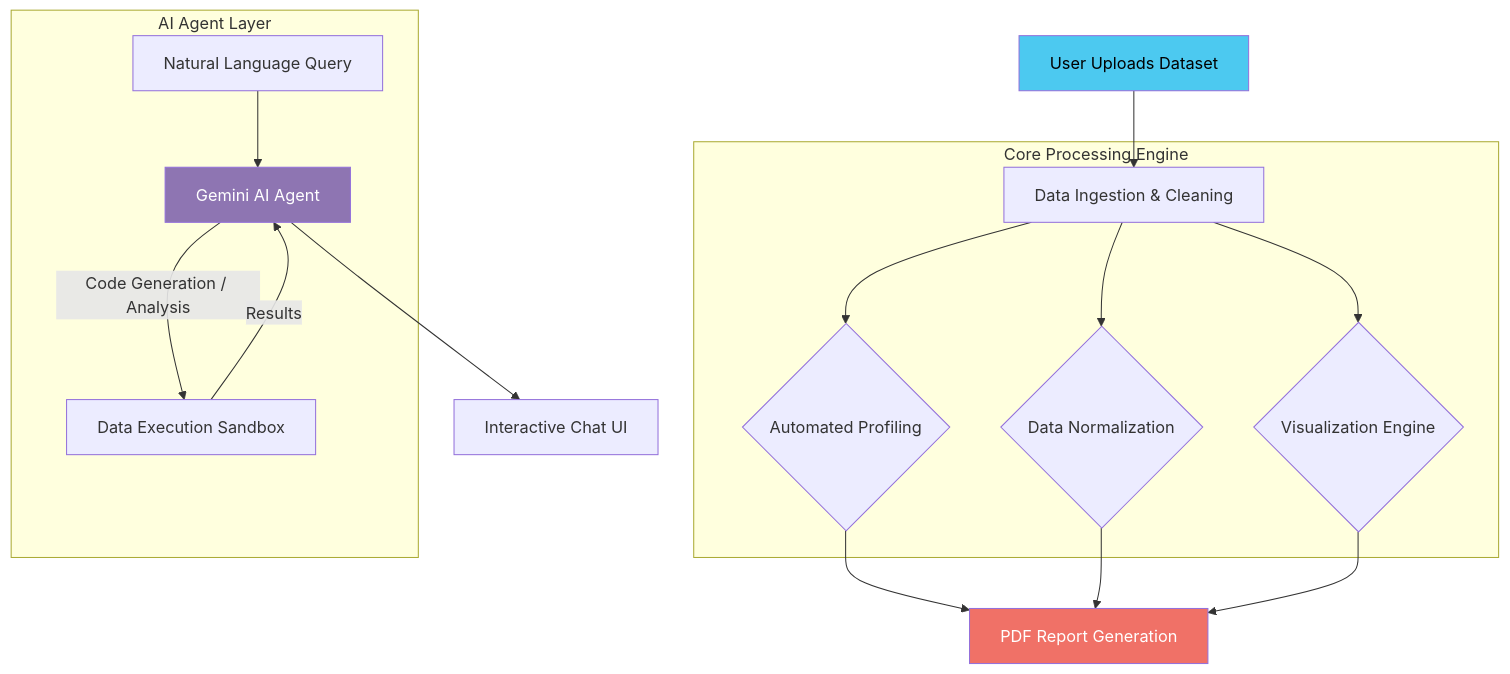
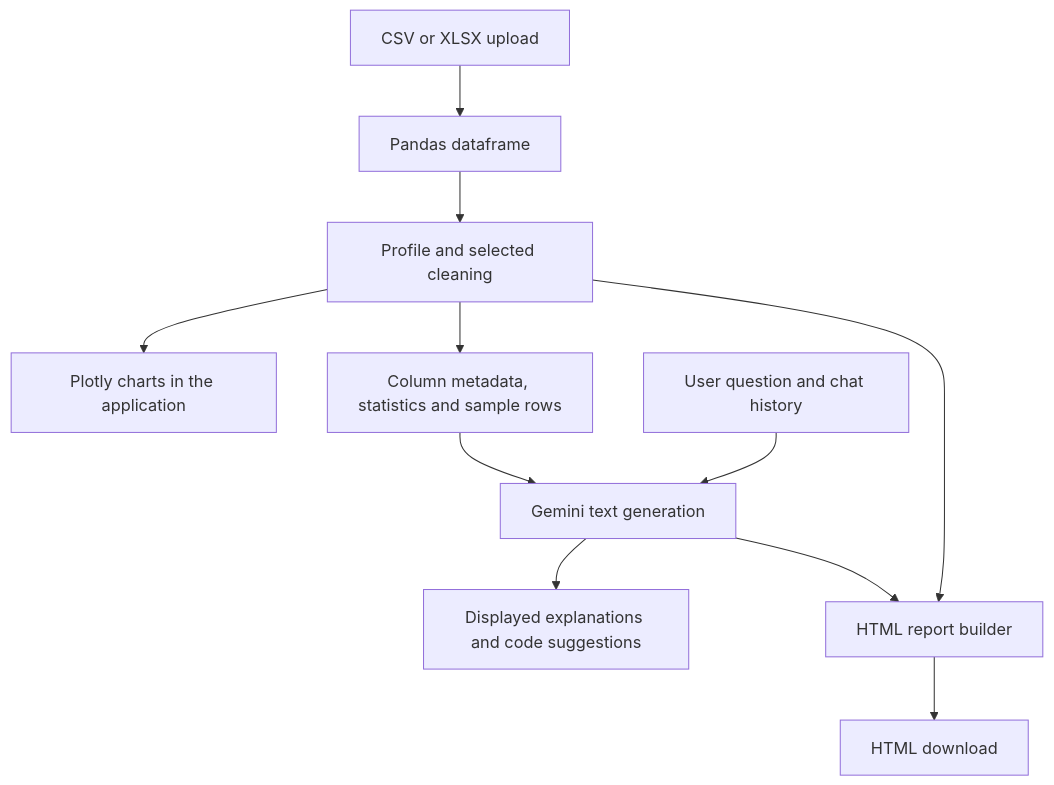
One commit to KhuzaimaHassan/Insight-Agent changed the diagram in README.md. Above: the diagram before and after it, drawn with Mermaid. The commit also changed other lines of this file, not shown here.

Commit message:
docs: align Insight-Agent README with implemented features (#1)

````diff
--- a/README.md
+++ b/README.md
@@ -39,26 +27,13 @@
 ```mermaid
-graph TD
-    A[User Uploads Dataset] --> B[Data Ingestion & Cleaning]
-    
-    subgraph "Core Processing Engine"
-        B --> C{Automated Profiling}
-        B --> D{Data Normalization}
-        B --> E{Visualization Engine}
-    end
-    
-    subgraph "AI Agent Layer"
-        F[Natural Language Query] --> G[Gemini AI Agent]
-        G -->|Code Generation / Analysis| H[Data Execution Sandbox]
-        H -->|Results| G
-    end
-    
-    C --> I[PDF Report Generation]
-    D --> I
-    E --> I
-    
-    G --> J[Interactive Chat UI]
-    
-    style A fill:#4cc9f0,color:#000
-    style G fill:#8E75B2,color:#fff
-    style I fill:#f07167,color:#fff
+flowchart TD
+    U[CSV or XLSX upload] --> P[Pandas dataframe]
+    P --> D[Profile and selected cleaning]
+    D --> V[Plotly charts in the application]
+    D --> C[Column metadata, statistics and sample rows]
+    Q[User question and chat history] --> G[Gemini text generation]
+    C --> G
+    G --> A[Displayed explanations and code suggestions]
+    D --> H[HTML report builder]
+    G --> H
+    H --> R[HTML download]
 ```
````
